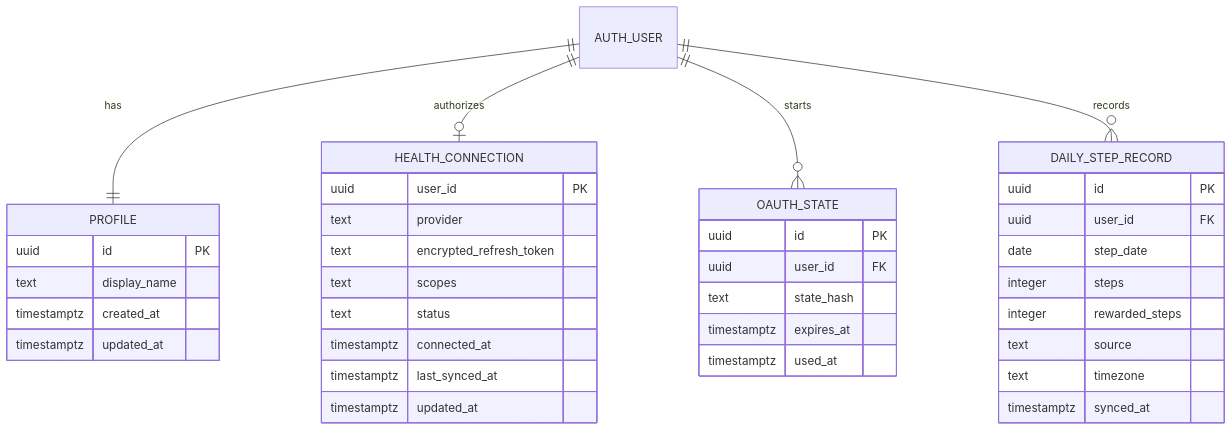
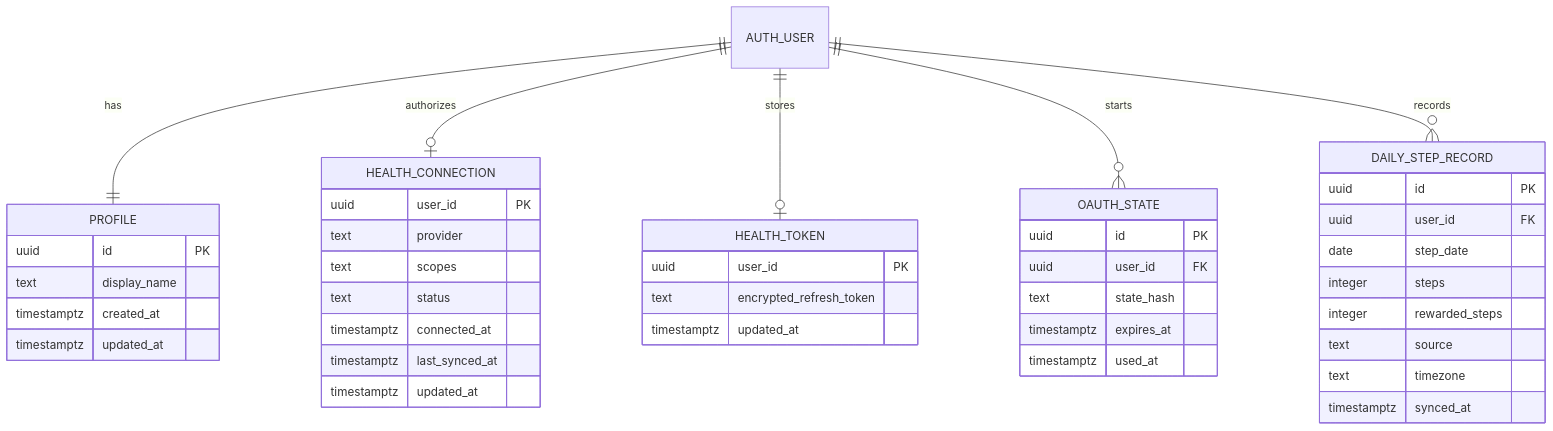
One commit to Megane14916/walk-city changed the fifth of 5 diagrams in docs/Google認証機能DesignDoc.md. Above: the diagram before and after it, drawn with Mermaid. The commit also changed other lines of this file and 10 other files, not shown here.

````diff
--- a/docs/Google認証機能DesignDoc.md
+++ b/docs/Google認証機能DesignDoc.md
@@ -313,41 +313,46 @@
 ```mermaid
 erDiagram
     AUTH_USER ||--|| PROFILE : has
     AUTH_USER ||--o| HEALTH_CONNECTION : authorizes
+    AUTH_USER ||--o| HEALTH_TOKEN : stores
     AUTH_USER ||--o{ OAUTH_STATE : starts
     AUTH_USER ||--o{ DAILY_STEP_RECORD : records
 
     PROFILE {
       uuid id PK
       text display_name
       timestamptz created_at
       timestamptz updated_at
     }
     HEALTH_CONNECTION {
       uuid user_id PK
       text provider
-      text encrypted_refresh_token
       text scopes
       text status
       timestamptz connected_at
       timestamptz last_synced_at
+      timestamptz updated_at
+    }
+    HEALTH_TOKEN {
+      uuid user_id PK
+      text encrypted_refresh_token
       timestamptz updated_at
     }
     OAUTH_STATE {
       uuid id PK
       uuid user_id FK
       text state_hash
       timestamptz expires_at
       timestamptz used_at
     }
     DAILY_STEP_RECORD {
       uuid id PK
       uuid user_id FK
       date step_date
       integer steps
       integer rewarded_steps
       text source
       text timezone
       timestamptz synced_at
     }
 ```
````
